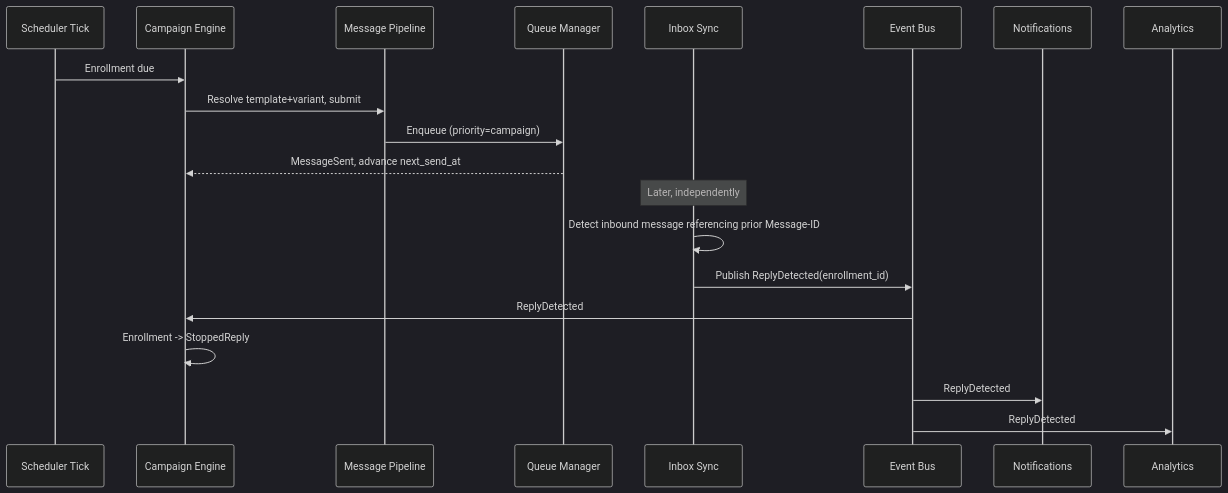
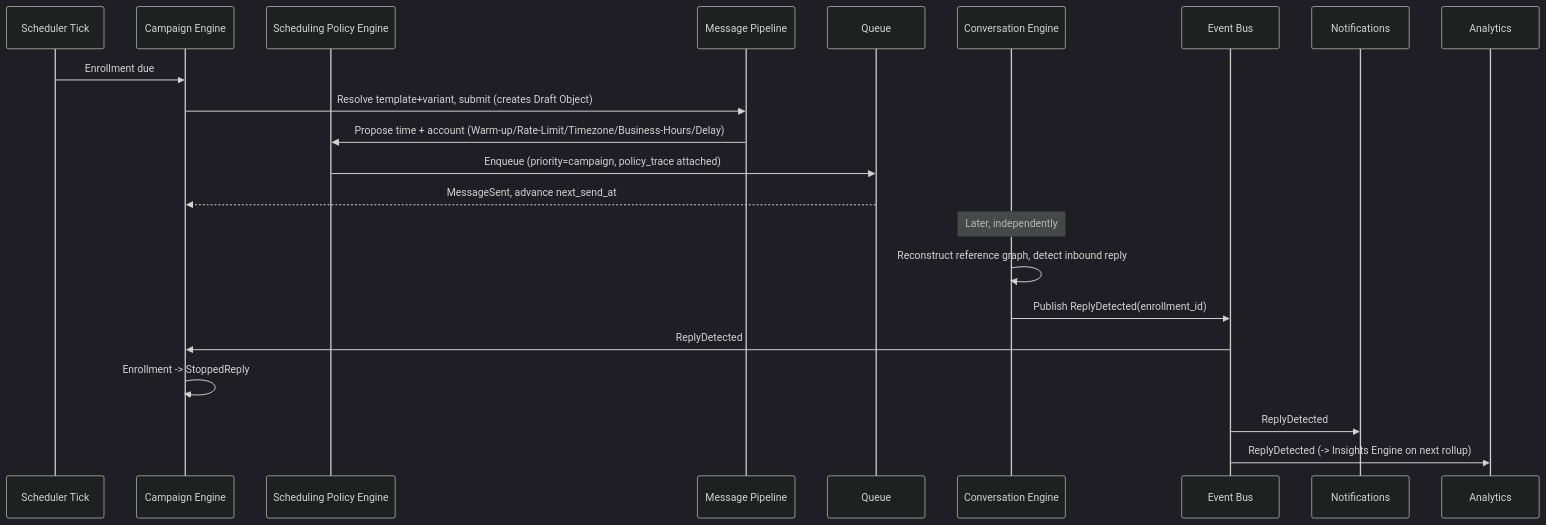
Diagram 14 of 17 in docs/ARCHITECTURE.md (ebadmarketing2023-sketch/Outboundly), drawn with Mermaid (dark theme) before and after one commit. The commit also changed other lines of this file, not shown here.

First line of the commit message:
Revise architecture: Gmail-fidelity philosophy, draft lifecycle, and engine expansion

````diff
--- a/docs/ARCHITECTURE.md
+++ b/docs/ARCHITECTURE.md
@@ -774,22 +1274,24 @@
 ```mermaid
 sequenceDiagram
     participant Ticker as Scheduler Tick
     participant Campaign as Campaign Engine
+    participant Sched as Scheduling Policy Engine
     participant Pipeline as Message Pipeline
-    participant Queue as Queue Manager
-    participant Sync as Inbox Sync
+    participant Queue
+    participant Conv as Conversation Engine
     participant Bus as Event Bus
 
     Ticker->>Campaign: Enrollment due
-    Campaign->>Pipeline: Resolve template+variant, submit
-    Pipeline->>Queue: Enqueue (priority=campaign)
+    Campaign->>Pipeline: Resolve template+variant, submit (creates Draft Object)
+    Pipeline->>Sched: Propose time + account (Warm-up/Rate-Limit/Timezone/Business-Hours/Delay)
+    Sched->>Queue: Enqueue (priority=campaign, policy_trace attached)
     Queue-->>Campaign: MessageSent, advance next_send_at
 
-    Note over Sync: Later, independently
-    Sync->>Sync: Detect inbound message referencing prior Message-ID
-    Sync->>Bus: Publish ReplyDetected(enrollment_id)
+    Note over Conv: Later, independently
+    Conv->>Conv: Reconstruct reference graph, detect inbound reply
+    Conv->>Bus: Publish ReplyDetected(enrollment_id)
     Bus->>Campaign: ReplyDetected
     Campaign->>Campaign: Enrollment -> StoppedReply
     Bus->>Notifications: ReplyDetected
-    Bus->>Analytics: ReplyDetected
+    Bus->>Analytics: ReplyDetected (-> Insights Engine on next rollup)
 ```
````
